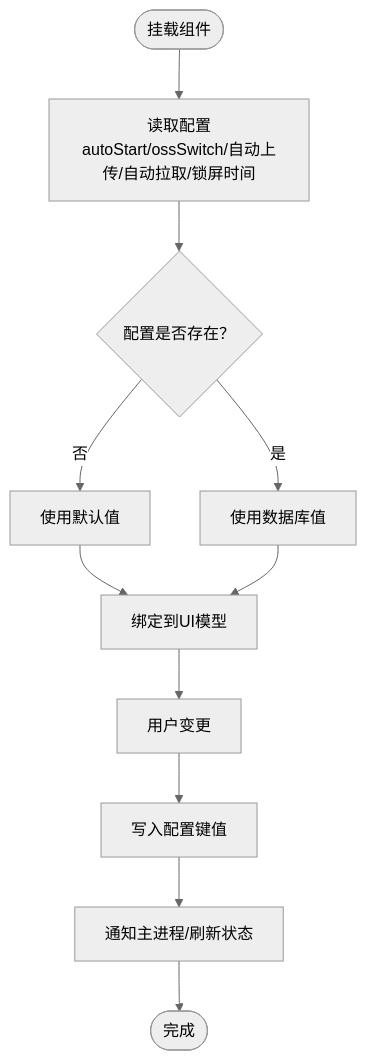
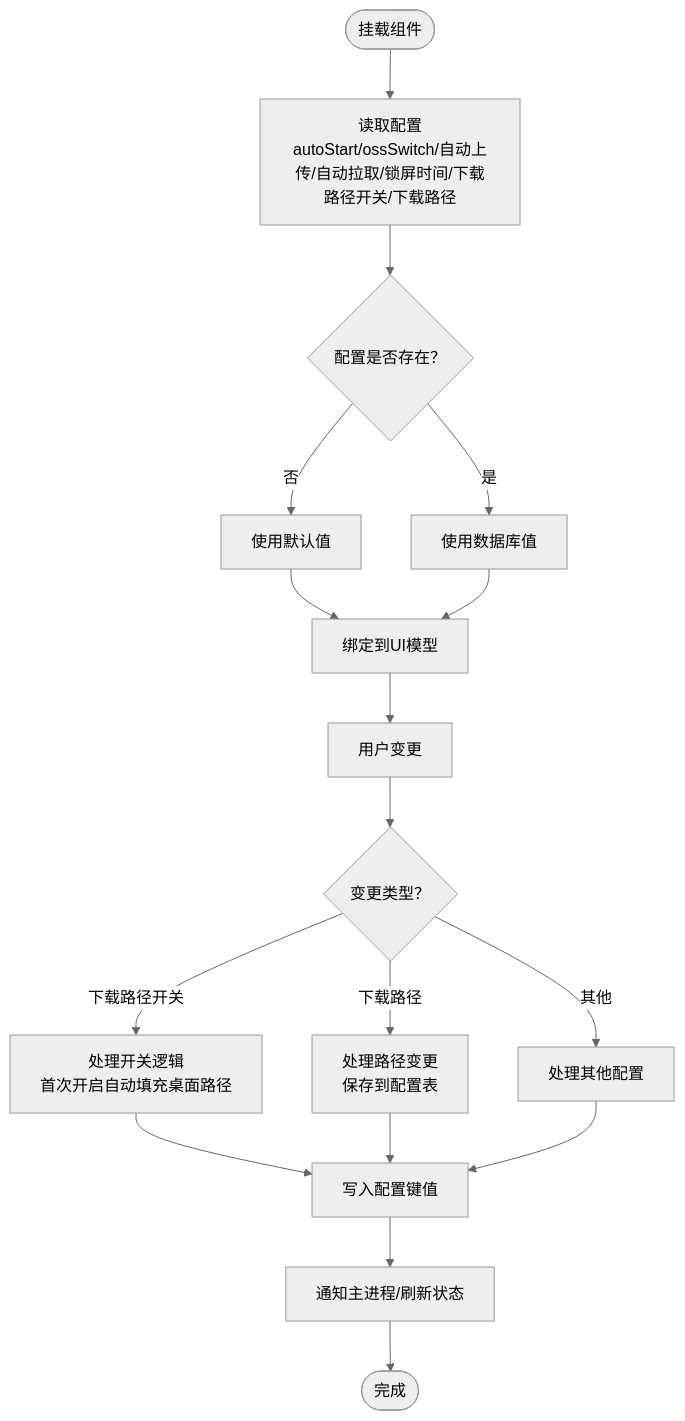
One commit to scgithub3220216/password-manager changed the third of 8 diagrams in .qoder/repowiki/zh/content/前端组件系统/设置管理组件.md. Above: the diagram before and after it, drawn with Mermaid (neutral theme). The commit also changed other lines of this file and 17 other files, not shown here.

````diff
--- a/.qoder/repowiki/zh/content/前端组件系统/设置管理组件.md
+++ b/.qoder/repowiki/zh/content/前端组件系统/设置管理组件.md
@@ -168,13 +182,19 @@
 ```mermaid
 flowchart TD
-Start(["挂载组件"]) --> LoadCfg["读取配置<br/>autoStart/ossSwitch/自动上传/自动拉取/锁屏时间"]
+Start(["挂载组件"]) --> LoadCfg["读取配置<br/>autoStart/ossSwitch/自动上传/自动拉取/锁屏时间/下载路径开关/下载路径"]
 LoadCfg --> ApplyDefault{"配置是否存在？"}
 ApplyDefault --> |否| UseDefault["使用默认值"]
 ApplyDefault --> |是| UseValue["使用数据库值"]
 UseDefault --> BindUI["绑定到UI模型"]
 UseValue --> BindUI
 BindUI --> Change["用户变更"]
-Change --> Save["写入配置键值"]
+Change --> CheckType{"变更类型？"}
+CheckType --> |下载路径开关| HandleSwitch["处理开关逻辑<br/>首次开启自动填充桌面路径"]
+CheckType --> |下载路径| HandlePath["处理路径变更<br/>保存到配置表"]
+CheckType --> |其他| HandleOther["处理其他配置"]
+HandleSwitch --> Save["写入配置键值"]
+HandlePath --> Save
+HandleOther --> Save
 Save --> Notify["通知主进程/刷新状态"]
 Notify --> End(["完成"])
 ```
````
